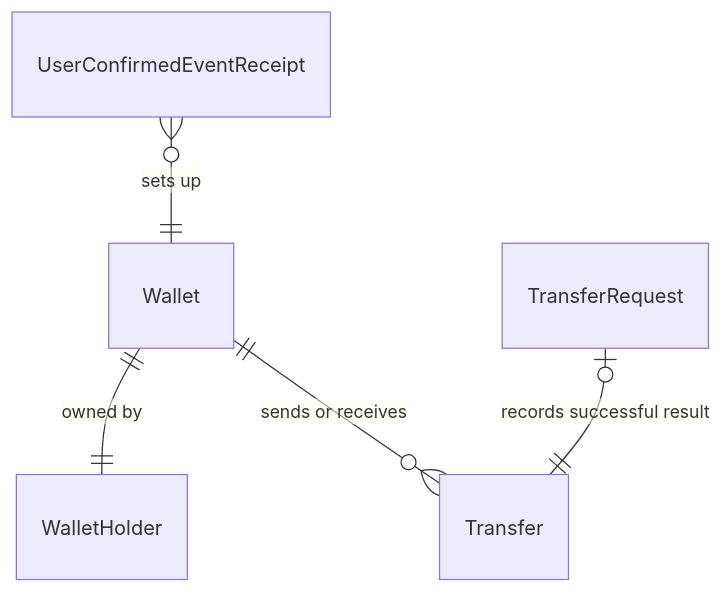
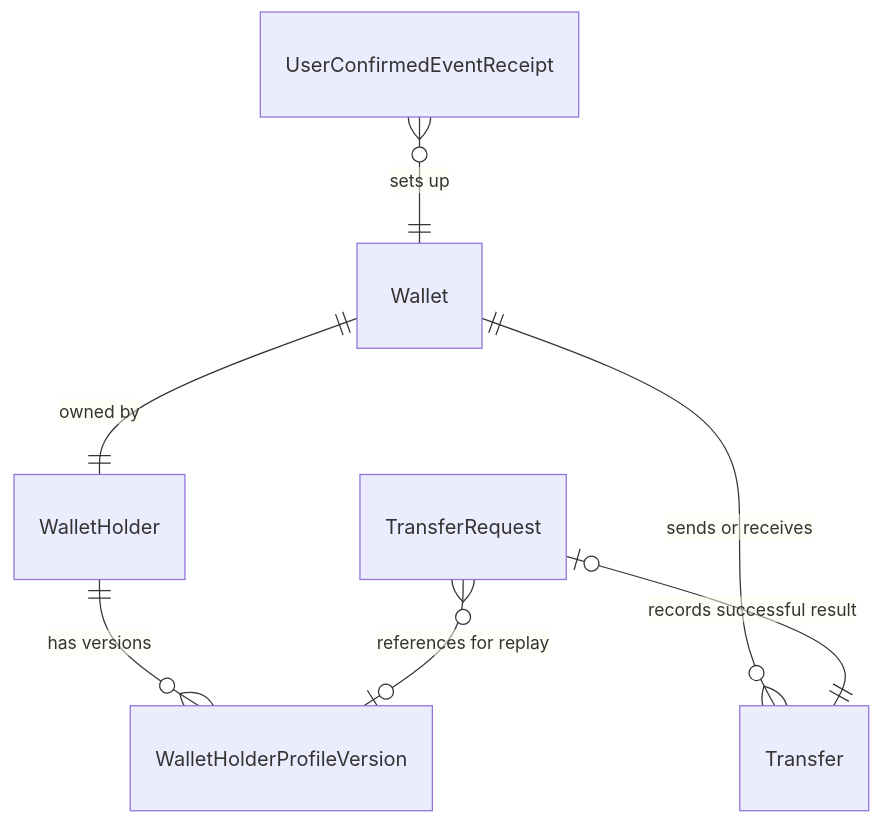
The diagram in aidlc/spaces/default/intents/261111-raad-wallet-mvp/construction/u2-money-service/functional-design/functional-spec.md (00az/Raad), drawn with Mermaid before and after one commit. The commit also changed other lines of this file and 258 other files, not shown here.

````diff
--- a/aidlc/spaces/default/intents/261111-raad-wallet-mvp/construction/u2-money-service/functional-design/functional-spec.md
+++ b/aidlc/spaces/default/intents/261111-raad-wallet-mvp/construction/u2-money-service/functional-design/functional-spec.md
@@ -11,7 +11,9 @@
 ```mermaid
 erDiagram
   Wallet ||--|| WalletHolder : "owned by"
   Wallet ||--o{ Transfer : "sends or receives"
   TransferRequest o|--|| Transfer : "records successful result"
   UserConfirmedEventReceipt }o--|| Wallet : "sets up"
+  WalletHolder ||--o{ WalletHolderProfileVersion : "has versions"
+  TransferRequest }o--o| WalletHolderProfileVersion : "references for replay"
 ```
````
